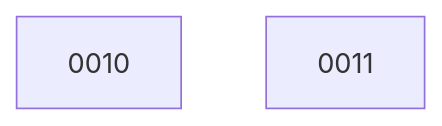
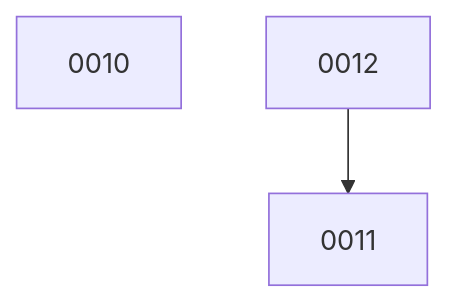
One commit to ethanhinson/fuse changed the diagram in docs/changes/BOARD.md. Above: the diagram before and after it, drawn with Mermaid. The commit also changed other lines of this file, not shown here.

Commit message:
docket: board refresh

````diff
--- a/docs/changes/BOARD.md
+++ b/docs/changes/BOARD.md
@@ -12,5 +12,5 @@
 ```mermaid
 graph TD
   0010
-  0011
+  0012 --> 0011
 ```
````
